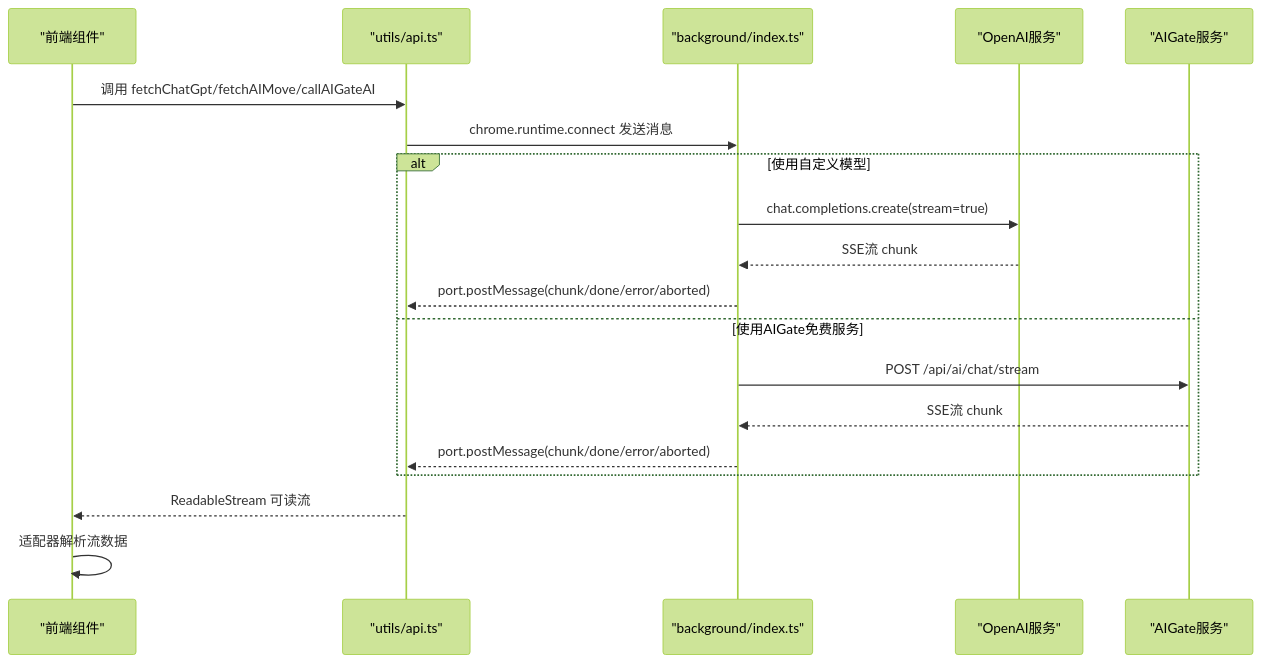
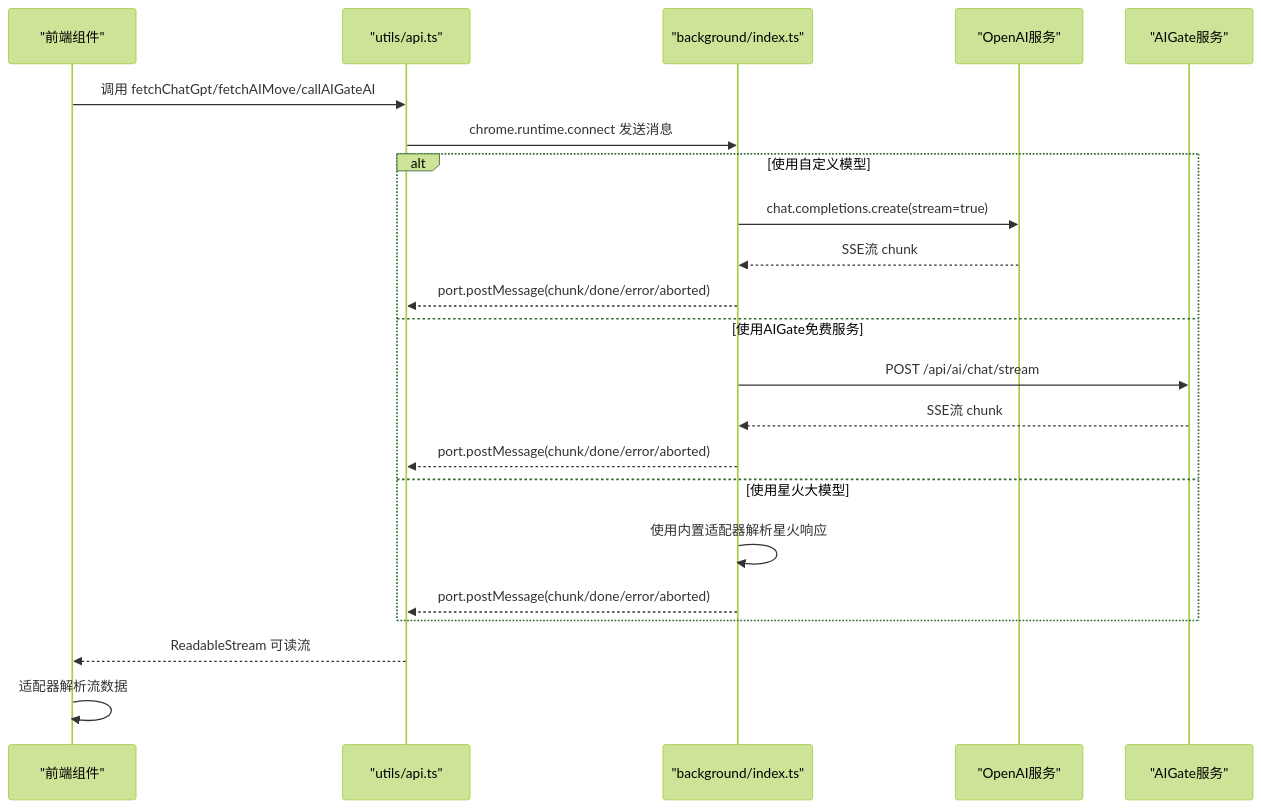
Before and after one commit to RadiumAg/bilibili-favorites: the second of 6 diagrams in .qoder/repowiki/zh/content/API参考文档/AI服务API.md, drawn with Mermaid (forest theme). The commit also changed other lines of this file and 4 other files, not shown here.

````diff
--- a/.qoder/repowiki/zh/content/API参考文档/AI服务API.md
+++ b/.qoder/repowiki/zh/content/API参考文档/AI服务API.md
@@ -141,21 +150,24 @@
 ```mermaid
 sequenceDiagram
 participant UI as "前端组件"
 participant API as "utils/api.ts"
 participant BG as "background/index.ts"
 participant OA as "OpenAI服务"
 participant AG as "AIGate服务"
 UI->>API : 调用 fetchChatGpt/fetchAIMove/callAIGateAI
 API->>BG : chrome.runtime.connect 发送消息
 alt 使用自定义模型
 BG->>OA : chat.completions.create(stream=true)
 OA-->>BG : SSE流 chunk
 BG-->>API : port.postMessage(chunk/done/error/aborted)
 else 使用AIGate免费服务
 BG->>AG : POST /api/ai/chat/stream
 AG-->>BG : SSE流 chunk
 BG-->>API : port.postMessage(chunk/done/error/aborted)
+else 使用星火大模型
+BG->>BG : 使用内置适配器解析星火响应
+BG-->>API : port.postMessage(chunk/done/error/aborted)
 end
 API-->>UI : ReadableStream 可读流
 UI->>UI : 适配器解析流数据
 ```
````
